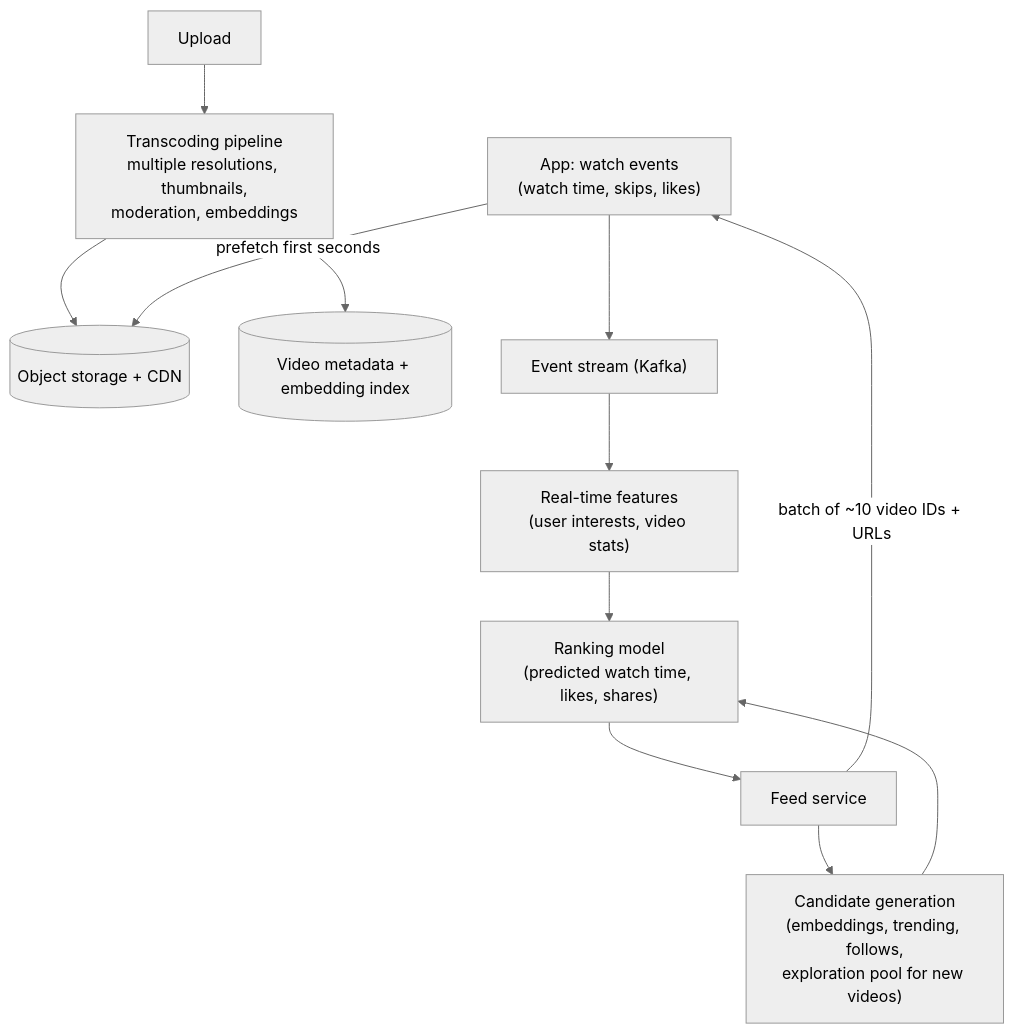
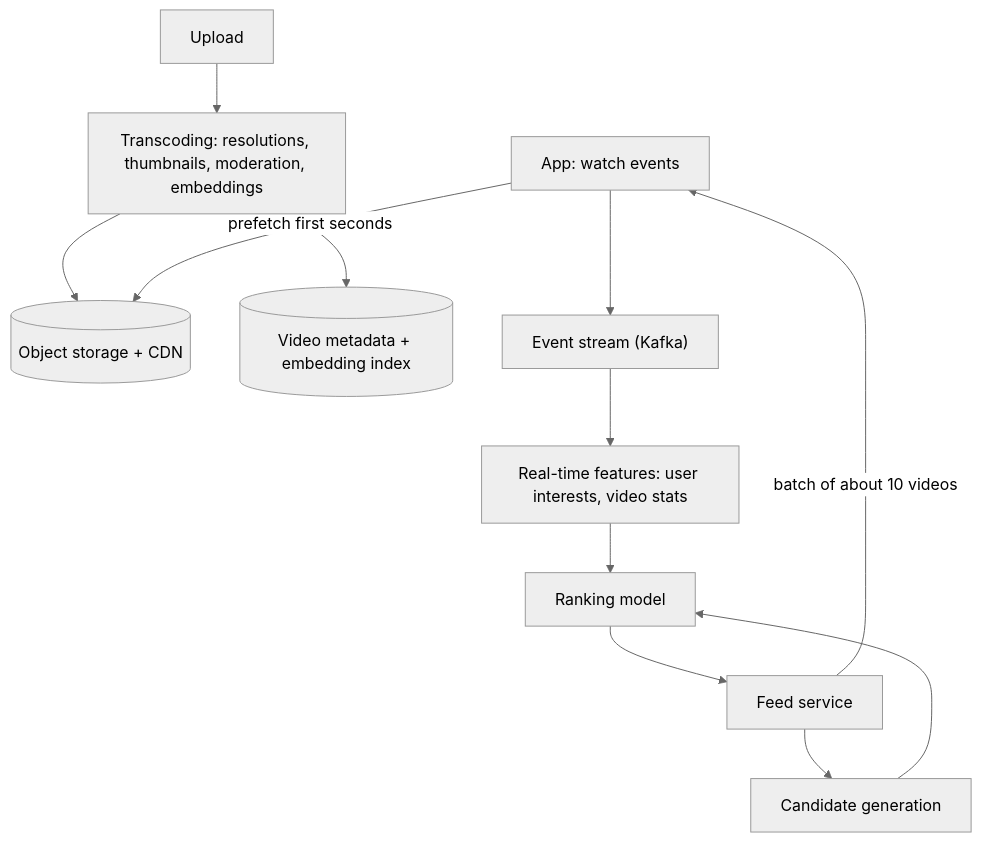
One commit to AkshayAshokCode/System-Design-Interview-Questions-and-Answers changed diagram 18 of 22 in topics/17-designs-social-media.md. Above: the diagram before and after it, drawn with Mermaid (neutral theme). The commit also changed other lines of this file and 4 other files, not shown here.

````diff
--- a/topics/17-designs-social-media.md
+++ b/topics/17-designs-social-media.md
@@ -443,14 +1126,14 @@
 ```mermaid
 flowchart TD
-    UP["Upload"] --> TR["Transcoding pipeline<br/>multiple resolutions, thumbnails,<br/>moderation, embeddings"]
+    UP["Upload"] --> TR["Transcoding: resolutions, thumbnails, moderation, embeddings"]
     TR --> OBJ[("Object storage + CDN")]
     TR --> IDX[("Video metadata + embedding index")]
-    APP["App: watch events<br/>(watch time, skips, likes)"] --> K["Event stream (Kafka)"]
-    K --> RT["Real-time features<br/>(user interests, video stats)"]
-    FEED["Feed service"] --> CG["Candidate generation<br/>(embeddings, trending, follows,<br/>exploration pool for new videos)"]
-    CG --> RK["Ranking model<br/>(predicted watch time, likes, shares)"]
+    APP["App: watch events"] --> K["Event stream (Kafka)"]
+    K --> RT["Real-time features: user interests, video stats"]
+    FEED["Feed service"] --> CG["Candidate generation"]
+    CG --> RK["Ranking model"]
     RT --> RK
     RK --> FEED
-    FEED -->|"batch of ~10 video IDs + URLs"| APP
+    FEED -->|"batch of about 10 videos"| APP
     APP -->|"prefetch first seconds"| OBJ
 ```
````
